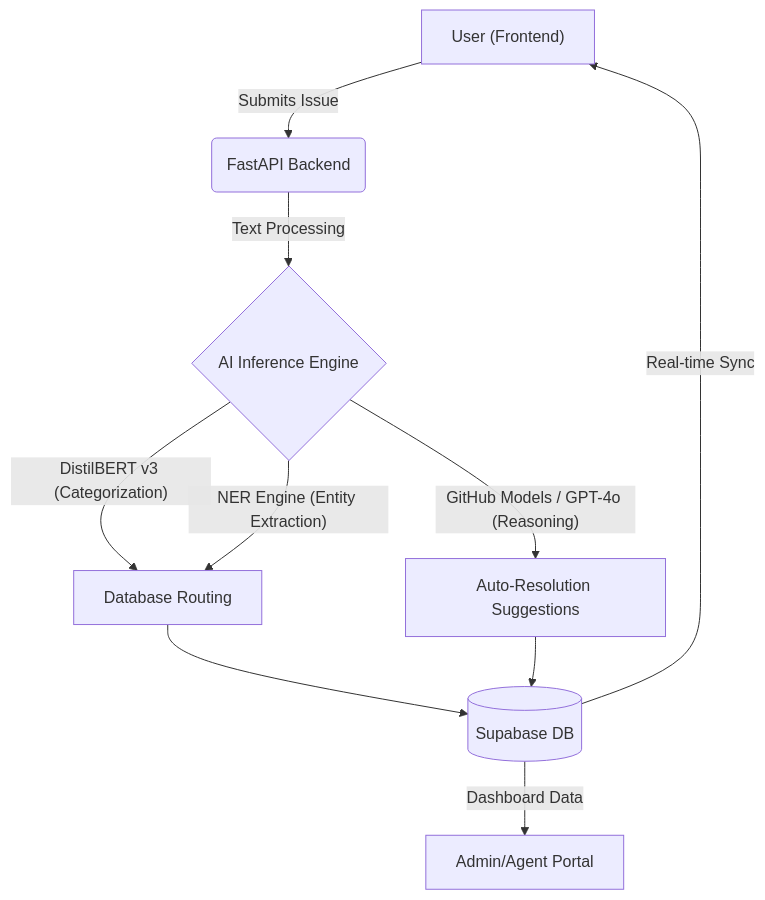
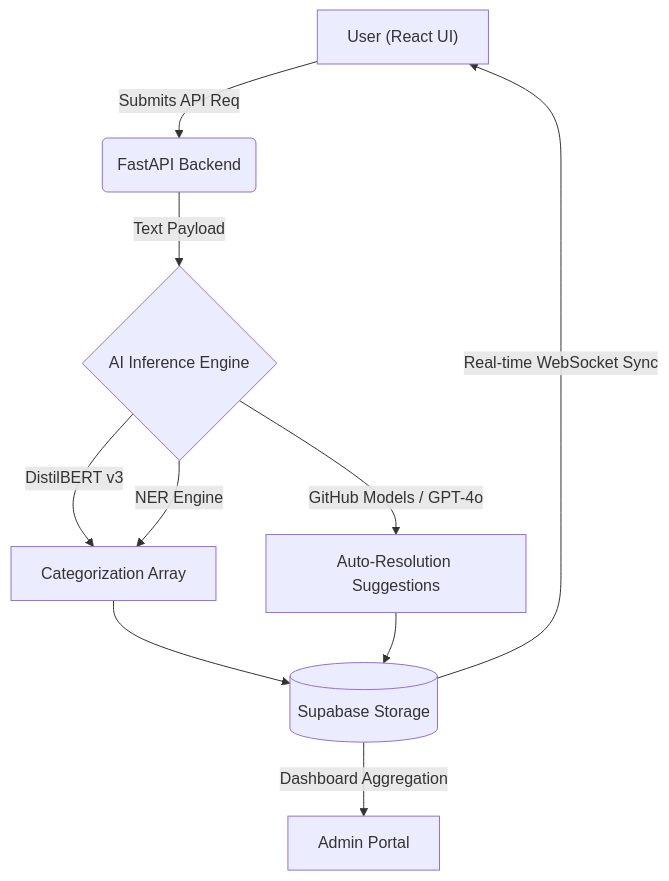
The diagram in docs/wiki/Architecture.md (Daksh7785/HELPDESK.AI), drawn with Mermaid before and after one commit. The commit also changed other lines of this file and 1 other file, not shown here.

````diff
--- a/docs/wiki/Architecture.md
+++ b/docs/wiki/Architecture.md
@@ -7,12 +24,12 @@
 ```mermaid
 graph TD
-    A["User (Frontend)"] -->|"Submits Issue"| B("FastAPI Backend")
-    B -->|"Text Processing"| C{"AI Inference Engine"}
-    C -->|"DistilBERT v3 (Categorization)"| D["Database Routing"]
-    C -->|"NER Engine (Entity Extraction)"| D
-    C -->|"GitHub Models / GPT-4o (Reasoning)"| E["Auto-Resolution Suggestions"]
-    D --> G[("Supabase DB")]
+    A["User (React UI)"] -->|"Submits API Req"| B("FastAPI Backend")
+    B -->|"Text Payload"| C{"AI Inference Engine"}
+    C -->|"DistilBERT v3"| D["Categorization Array"]
+    C -->|"NER Engine"| D
+    C -->|"GitHub Models / GPT-4o"| E["Auto-Resolution Suggestions"]
+    D --> G[("Supabase Storage")]
     E --> G
-    G -->|"Real-time Sync"| A
-    G -->|"Dashboard Data"| H["Admin/Agent Portal"]
+    G -->|"Real-time WebSocket Sync"| A
+    G -->|"Dashboard Aggregation"| H["Admin Portal"]
 ```
````
